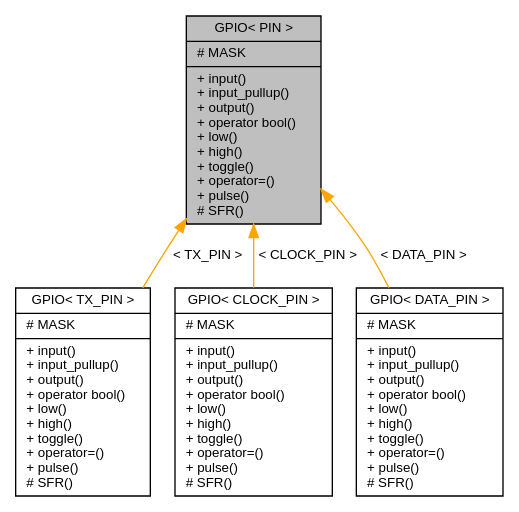
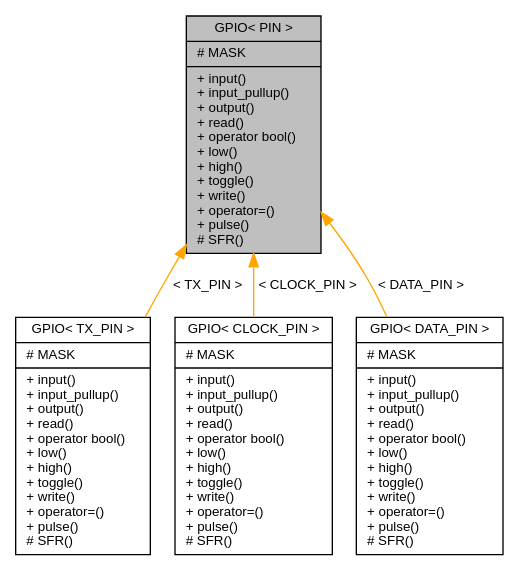
Before and after one commit to mikaelpatel/mikaelpatel.github.io: the diagram in Arduino-GPIO/d2/d50/classGPIO__inherit__graph.dot, drawn with Graphviz. The commit also changed 86 other files, not shown here.

```diff
--- a/Arduino-GPIO/d2/d50/classGPIO__inherit__graph.dot
+++ b/Arduino-GPIO/d2/d50/classGPIO__inherit__graph.dot
@@ -1,12 +1,12 @@
 digraph "GPIO&lt; PIN &gt;"
 {
   edge [fontname="Helvetica",fontsize="10",labelfontname="Helvetica",labelfontsize="10"];
   node [fontname="Helvetica",fontsize="10",shape=record];
-  Node1 [label="{GPIO\< PIN \>\n|# MASK\l|+ input()\l+ input_pullup()\l+ output()\l+ operator bool()\l+ low()\l+ high()\l+ toggle()\l+ operator=()\l+ pulse()\l# SFR()\l}",height=0.2,width=0.4,color="black", fillcolor="grey75", style="filled", fontcolor="black"];
+  Node1 [label="{GPIO\< PIN \>\n|# MASK\l|+ input()\l+ input_pullup()\l+ output()\l+ read()\l+ operator bool()\l+ low()\l+ high()\l+ toggle()\l+ write()\l+ operator=()\l+ pulse()\l# SFR()\l}",height=0.2,width=0.4,color="black", fillcolor="grey75", style="filled", fontcolor="black"];
   Node1 -> Node2 [dir="back",color="orange",fontsize="10",style="solid",label=" \< TX_PIN \>" ,fontname="Helvetica"];
-  Node2 [label="{GPIO\< TX_PIN \>\n|# MASK\l|+ input()\l+ input_pullup()\l+ output()\l+ operator bool()\l+ low()\l+ high()\l+ toggle()\l+ operator=()\l+ pulse()\l# SFR()\l}",height=0.2,width=0.4,color="black", fillcolor="white", style="filled",URL="$d7/dde/classGPIO.html"];
+  Node2 [label="{GPIO\< TX_PIN \>\n|# MASK\l|+ input()\l+ input_pullup()\l+ output()\l+ read()\l+ operator bool()\l+ low()\l+ high()\l+ toggle()\l+ write()\l+ operator=()\l+ pulse()\l# SFR()\l}",height=0.2,width=0.4,color="black", fillcolor="white", style="filled",URL="$d7/dde/classGPIO.html"];
   Node1 -> Node3 [dir="back",color="orange",fontsize="10",style="solid",label=" \< CLOCK_PIN \>" ,fontname="Helvetica"];
-  Node3 [label="{GPIO\< CLOCK_PIN \>\n|# MASK\l|+ input()\l+ input_pullup()\l+ output()\l+ operator bool()\l+ low()\l+ high()\l+ toggle()\l+ operator=()\l+ pulse()\l# SFR()\l}",height=0.2,width=0.4,color="black", fillcolor="white", style="filled",URL="$d7/dde/classGPIO.html"];
+  Node3 [label="{GPIO\< CLOCK_PIN \>\n|# MASK\l|+ input()\l+ input_pullup()\l+ output()\l+ read()\l+ operator bool()\l+ low()\l+ high()\l+ toggle()\l+ write()\l+ operator=()\l+ pulse()\l# SFR()\l}",height=0.2,width=0.4,color="black", fillcolor="white", style="filled",URL="$d7/dde/classGPIO.html"];
   Node1 -> Node4 [dir="back",color="orange",fontsize="10",style="solid",label=" \< DATA_PIN \>" ,fontname="Helvetica"];
-  Node4 [label="{GPIO\< DATA_PIN \>\n|# MASK\l|+ input()\l+ input_pullup()\l+ output()\l+ operator bool()\l+ low()\l+ high()\l+ toggle()\l+ operator=()\l+ pulse()\l# SFR()\l}",height=0.2,width=0.4,color="black", fillcolor="white", style="filled",URL="$d7/dde/classGPIO.html"];
+  Node4 [label="{GPIO\< DATA_PIN \>\n|# MASK\l|+ input()\l+ input_pullup()\l+ output()\l+ read()\l+ operator bool()\l+ low()\l+ high()\l+ toggle()\l+ write()\l+ operator=()\l+ pulse()\l# SFR()\l}",height=0.2,width=0.4,color="black", fillcolor="white", style="filled",URL="$d7/dde/classGPIO.html"];
 }
```
